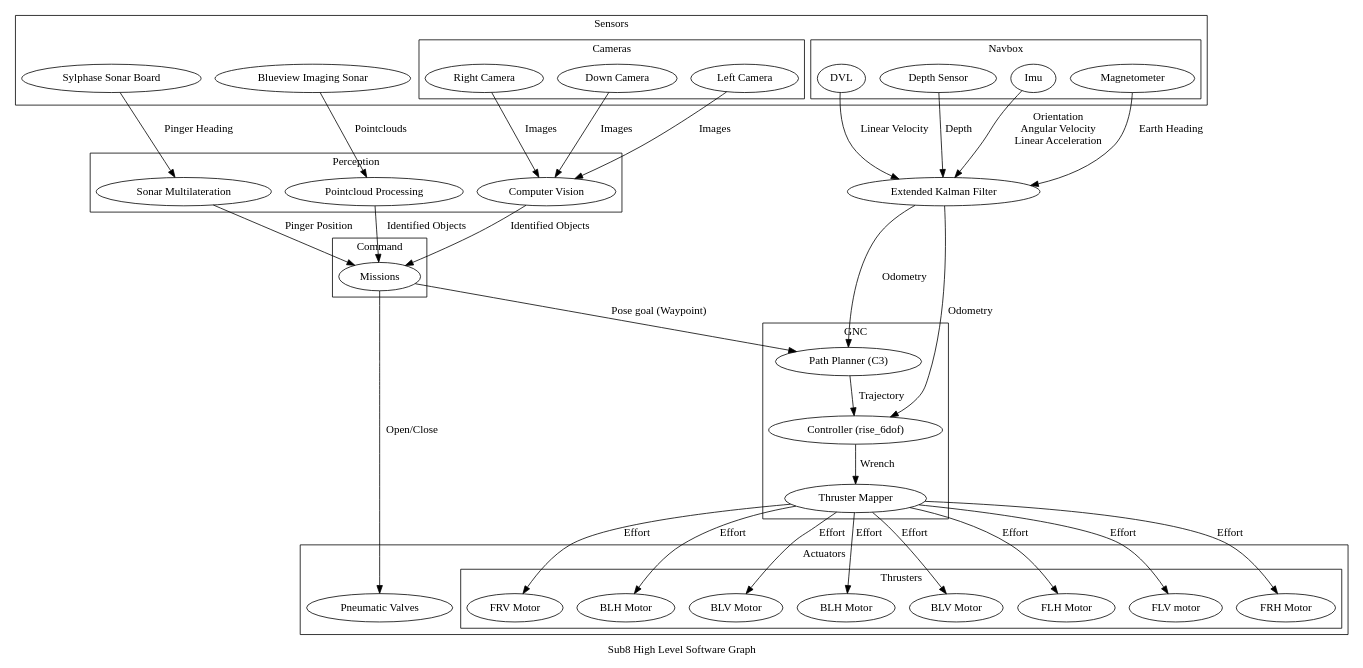
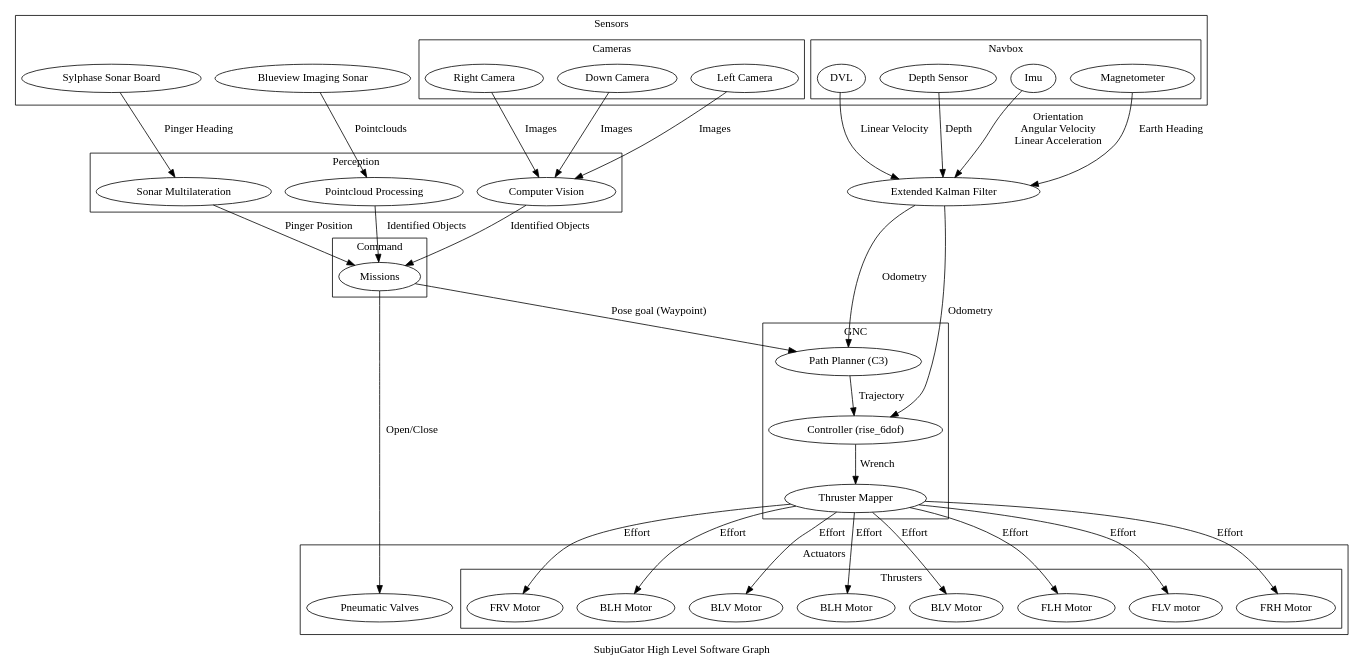
One commit to uf-mil/mil changed the diagram in SubjuGator/docs/high_level_architecture.dot. Above: the diagram before and after it, drawn with Graphviz. The commit also changed 621 other files, not shown here.

```diff
--- a/SubjuGator/docs/high_level_architecture.dot
+++ b/SubjuGator/docs/high_level_architecture.dot
@@ -1,94 +1,94 @@
-digraph sub8 {
-  label="Sub8 High Level Software Graph";
+digraph subjugator {
+  label="SubjuGator High Level Software Graph";
 
   subgraph clusterSensors {
     label="Sensors";
 
     imaging_sonar[label="Blueview Imaging Sonar"];
 
     subgraph clusterCameras {
       label="Cameras";
       left_camera[label="Left Camera"];
       right_camera[label="Right Camera"];
       down_camera[label="Down Camera"];
     }
 
     subgraph clusterNavbox {
       label="Navbox";
 
       imu[label="Imu"];
       magnetometer[label="Magnetometer"];
       dvl[label="DVL"];
       depth_sensor[label="Depth Sensor"];
     }
 
     sonar_board[label="Sylphase Sonar Board"];
   }
 
   sonar_board -> multilateration [label="Pinger Heading"];
 
   multilateration -> missions [label="Pinger Position"];
 
   state_estimation[label="Extended Kalman Filter"];
   imu -> state_estimation [label="Orientation\nAngular Velocity\nLinear Acceleration"];
   magnetometer -> state_estimation [label="Earth Heading"];
   dvl -> state_estimation [label="Linear Velocity"];
   depth_sensor -> state_estimation [label="Depth"];
 
   subgraph clusterCommand {
     label="Command";
 
     missions[label="Missions"];
   }
 
   missions -> Valves [label="Open/Close"]
 
   subgraph clusterPerception {
     label="Perception";
 
     computer_vision[label="Computer Vision"];
     pointcloud[label="Pointcloud Processing"];
     multilateration[label="Sonar Multilateration"];
   }
 
   imaging_sonar -> pointcloud [label="Pointclouds"];
   pointcloud -> missions [label="Identified Objects"];
 
   subgraph clusterActuators {
     label="Actuators";
 
     subgraph clusterThrusters {
       label="Thrusters";
 
       flh[label="FLH Motor"];
       flv[label="FLV motor"];
 
       frh[label="FRH Motor"];
       frv[label="FRV Motor"];
 
       blh[label="BLH Motor"];
       blv[label="BLV Motor"];
 
       brh[label="BLH Motor"];
       brv[label="BLV Motor"];
     }
 
     Valves[label="Pneumatic Valves"];
   }
 
   subgraph clusterGNC {
     label="GNC";
     path_planner[label="Path Planner (C3)"];
     controller[label="Controller (rise_6dof)"];
     thrust_mapper[label="Thruster Mapper"];
 
     path_planner -> controller [label="Trajectory"];
     thrust_mapper -> {flv, flh, frv, frh, blv, blh, brv, brh} [label="Effort"];
   }
 
   missions -> path_planner [label="Pose goal (Waypoint)"];
   {controller} -> thrust_mapper [label="Wrench"];
   state_estimation -> {path_planner, controller} [label="Odometry"];
   {left_camera, right_camera, down_camera} -> computer_vision [label="Images"];
   computer_vision -> missions [label="Identified Objects"];
 }
```
